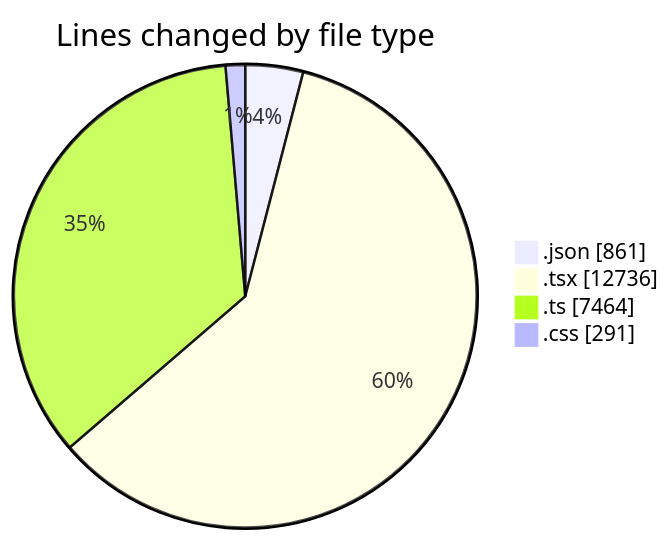
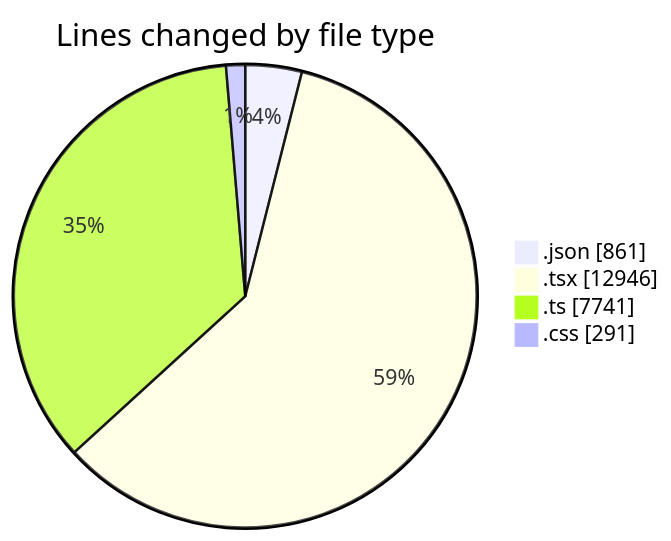
Before and after one commit to julien-gomy/code-tracking: the first of 2 diagrams in 2025-10-07/eventscop-frontend-guide__workspace_/README.md, drawn with Mermaid. The commit also changed other lines of this file and 1 other file, not shown here.

````diff
--- a/2025-10-07/eventscop-frontend-guide__workspace_/README.md
+++ b/2025-10-07/eventscop-frontend-guide__workspace_/README.md
@@ -106,8 +110,8 @@
 ```mermaid
 pie showData
 title Lines changed by file type
 ".json" : 861
-".tsx" : 12736
-".ts" : 7464
+".tsx" : 12946
+".ts" : 7741
 ".css" : 291
 ```
````
